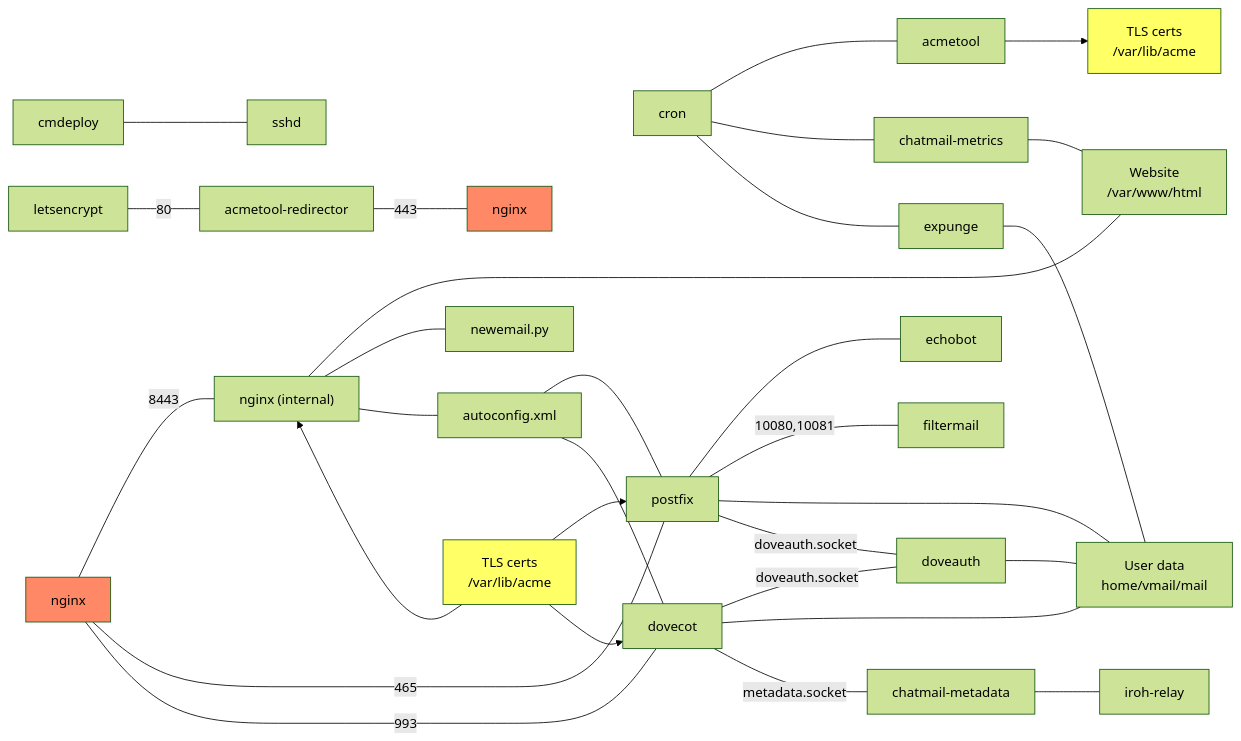
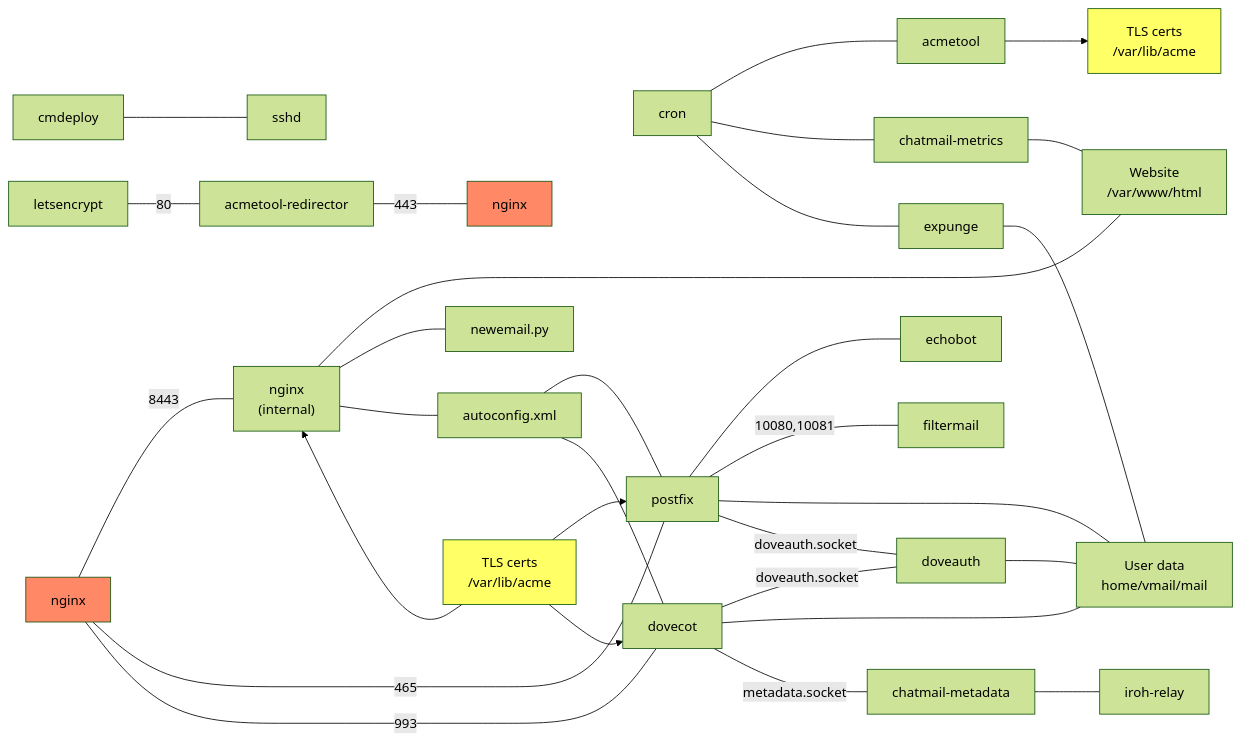
One commit to cliffmccarthy/chatmail-relay changed the diagram in ARCHITECTURE.md. Above: the diagram before and after it, drawn with Mermaid (forest theme).

Commit message:
line break

````diff
--- a/ARCHITECTURE.md
+++ b/ARCHITECTURE.md
@@ -4,40 +4,41 @@
 ```mermaid
 graph LR;
     cmdeploy --- sshd;
     letsencrypt --- |80|acmetool-redirector;
     acmetool-redirector --- |443|nginx-right[nginx];
-    nginx --- |8443|nginx-internal["nginx (internal)"];
+    nginx --- |8443|nginx-internal["`nginx
+    (internal)`"];
     nginx-internal --- website["`Website
     /var/www/html`"];
     nginx-internal --- newemail.py;
     nginx-internal --- autoconfig.xml;
     nginx-internal ~~~ certs-nginx["`TLS certs
     /var/lib/acme`"] --> nginx-internal;
     cron --- acmetool;
     cron --- chatmail-metrics;
     cron --- expunge;
     chatmail-metrics --- website;
     acmetool --> certs["`TLS certs
     /var/lib/acme`"];
     nginx --- |465|postfix;
     nginx --- |993|dovecot;
     autoconfig.xml --- postfix;
     autoconfig.xml --- dovecot;
     postfix --- echobot;
     postfix --- |10080,10081|filtermail;
     postfix --- users["`User data
     home/vmail/mail`"];
     postfix --- |doveauth.socket|doveauth;
     dovecot --- |doveauth.socket|doveauth;
     dovecot --- users;
     dovecot --- |metadata.socket|chatmail-metadata;
     doveauth --- users;
     expunge --- users;
     chatmail-metadata --- iroh-relay;
     certs-nginx --> postfix;
     certs-nginx --> dovecot;
     style certs fill:#ff6;
     style certs-nginx fill:#ff6;
     style nginx fill:#f86;
     style nginx-right fill:#f86;
 ```
````
